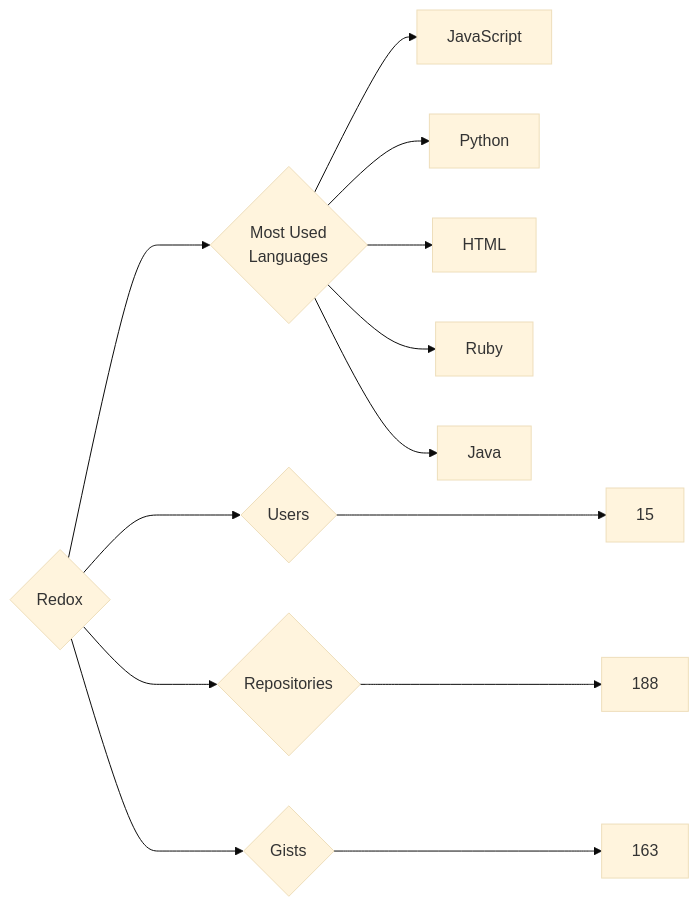
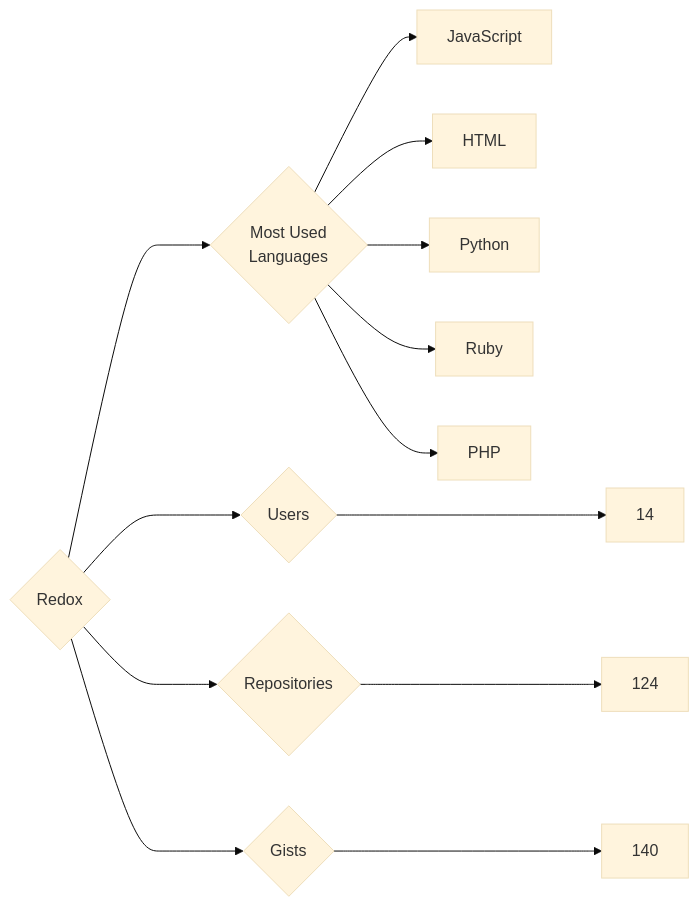
The diagram in targets/Redox/README.md (trickest/insiders), drawn with Mermaid (base theme) before and after one commit. The commit also changed 972 other files, not shown here.

````diff
--- a/targets/Redox/README.md
+++ b/targets/Redox/README.md
@@ -3,13 +3,13 @@
 ```mermaid
 graph LR
 COMPANY_NAME{Redox}
-COMPANY_NAME ---> U{Users} ---> UN[15]
-COMPANY_NAME ---> R{Repositories} ---> RN[188]
-COMPANY_NAME ---> G{Gists} ---> GN[163]
+COMPANY_NAME ---> U{Users} ---> UN[14]
+COMPANY_NAME ---> R{Repositories} ---> RN[124]
+COMPANY_NAME ---> G{Gists} ---> GN[140]
 COMPANY_NAME ---> ML{Most Used<br>Languages}
 ML --> JavaScript[JavaScript]
+ML --> HTML[HTML]
 ML --> Python[Python]
-ML --> HTML[HTML]
 ML --> Ruby[Ruby]
-ML --> Java[Java]
+ML --> PHP[PHP]
 ```
````
